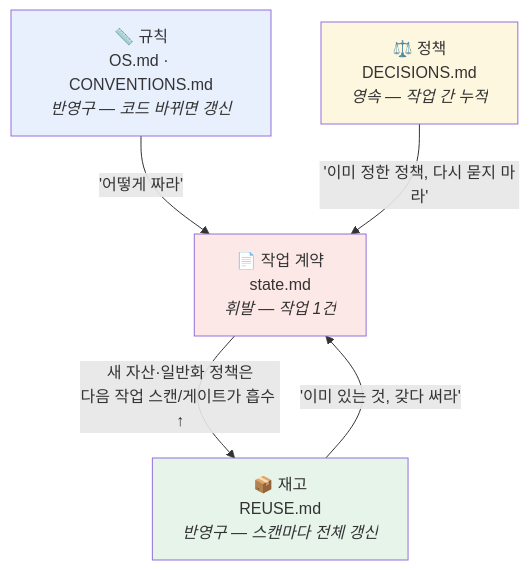
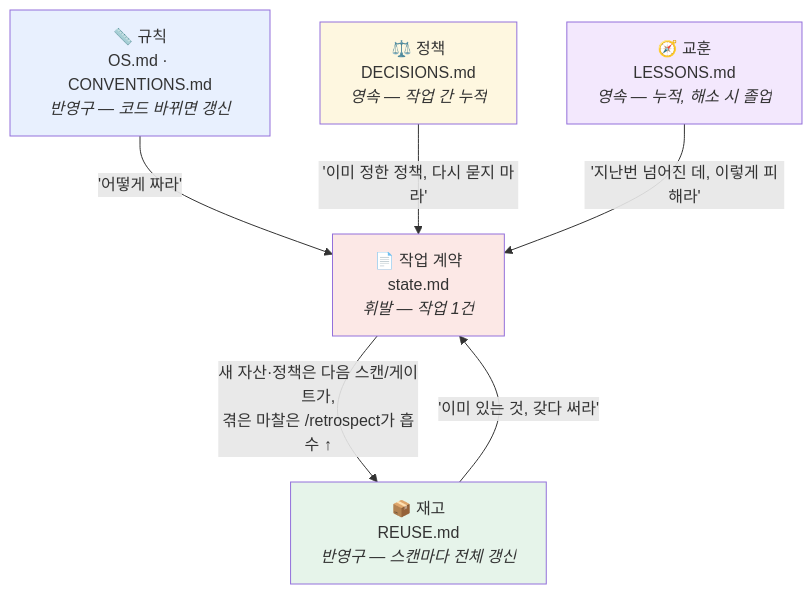
One commit to KRBeomJunKim/my-claude-code-os changed the third of 4 diagrams in docs/CONTEXT-MAP.md. Above: the diagram before and after it, drawn with Mermaid. The commit also changed other lines of this file and 26 other files, not shown here.

````diff
--- a/docs/CONTEXT-MAP.md
+++ b/docs/CONTEXT-MAP.md
@@ -130,17 +135,20 @@
 ```mermaid
 graph TD
     L1["📏 규칙<br/>OS.md · CONVENTIONS.md<br/><i>반영구 — 코드 바뀌면 갱신</i>"]
     L2["📦 재고<br/>REUSE.md<br/><i>반영구 — 스캔마다 전체 갱신</i>"]
     L3["⚖️ 정책<br/>DECISIONS.md<br/><i>영속 — 작업 간 누적</i>"]
-    L4["📄 작업 계약<br/>state.md<br/><i>휘발 — 작업 1건</i>"]
+    L4["🧭 교훈<br/>LESSONS.md<br/><i>영속 — 누적, 해소 시 졸업</i>"]
+    L5["📄 작업 계약<br/>state.md<br/><i>휘발 — 작업 1건</i>"]
 
-    L1 -->|"'어떻게 짜라'"| L4
-    L2 -->|"'이미 있는 것, 갖다 써라'"| L4
-    L3 -->|"'이미 정한 정책, 다시 묻지 마라'"| L4
-    L4 -->|"새 자산·일반화 정책은<br/>다음 작업 스캔/게이트가 흡수 ↑"| L2
+    L1 -->|"'어떻게 짜라'"| L5
+    L2 -->|"'이미 있는 것, 갖다 써라'"| L5
+    L3 -->|"'이미 정한 정책, 다시 묻지 마라'"| L5
+    L4 -->|"'지난번 넘어진 데, 이렇게 피해라'"| L5
+    L5 -->|"새 자산·정책은 다음 스캔/게이트가,<br/>겪은 마찰은 /retrospect가 흡수 ↑"| L2
 
     style L1 fill:#e8f0fe
     style L2 fill:#e6f4ea
     style L3 fill:#fef7e0
-    style L4 fill:#fce8e6
+    style L4 fill:#f3e8fd
+    style L5 fill:#fce8e6
 ```
````
